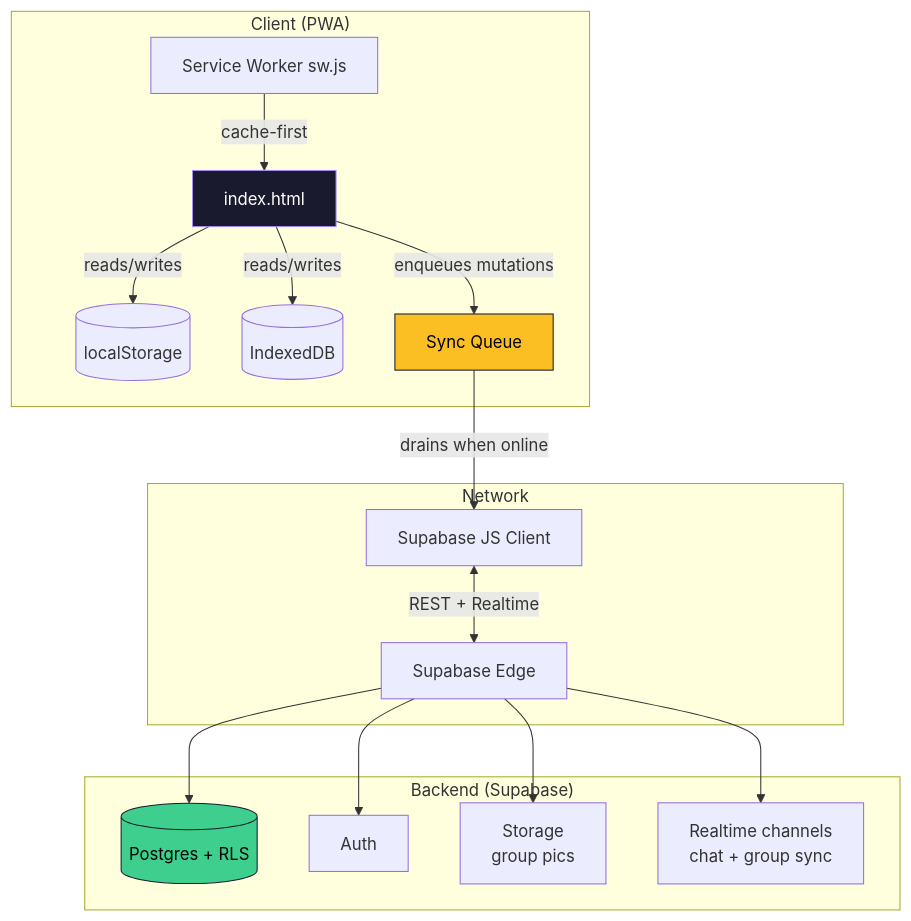
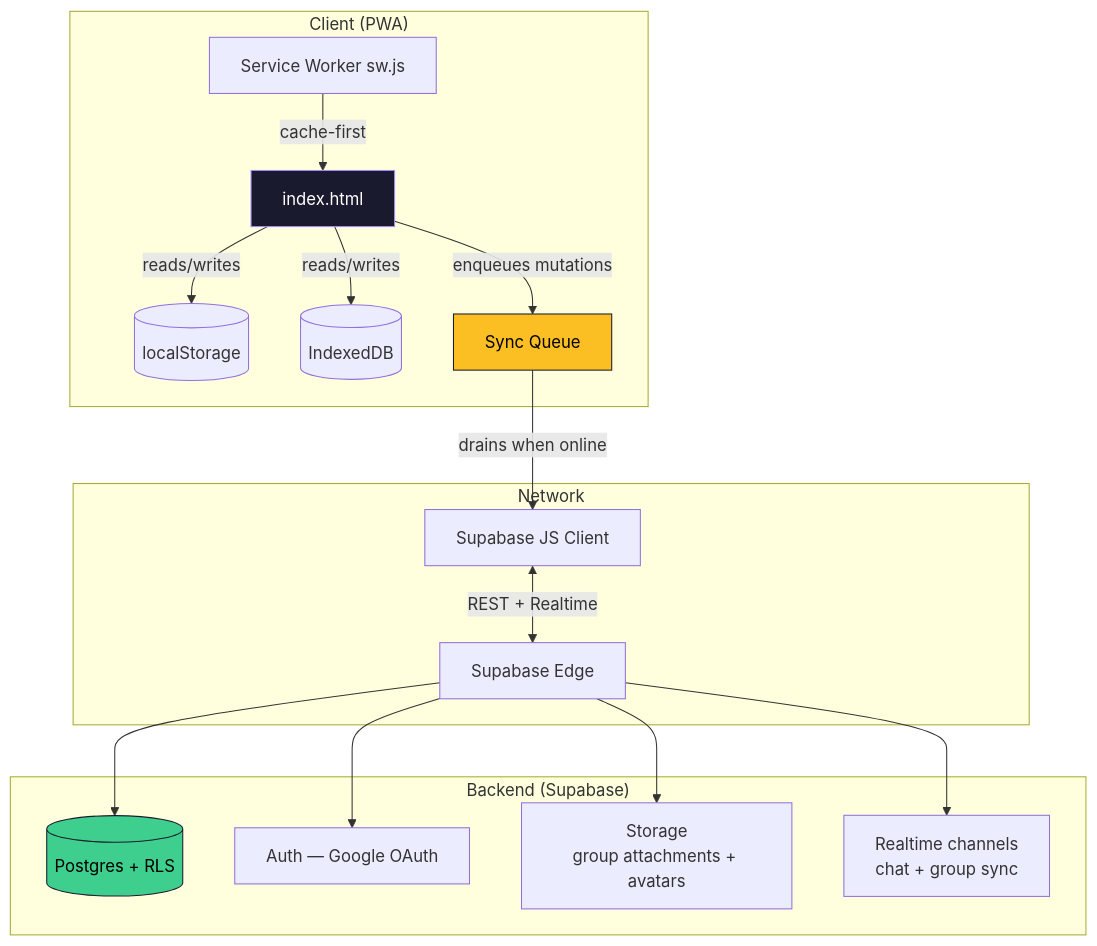
One commit to andrewleko19-boop/unimanager changed the diagram in README.md. Above: the diagram before and after it, drawn with Mermaid. The commit also changed other lines of this file and 1 other file, not shown here.

Commit message:
docs: update README and ARCHITECTURE with corrected facts and diagrams

````diff
--- a/README.md
+++ b/README.md
@@ -175,25 +204,25 @@
 ```mermaid
 graph TB
     subgraph "Client (PWA)"
         A[index.html] -->|reads/writes| B[(localStorage)]
         A -->|reads/writes| C[(IndexedDB)]
         A -->|enqueues mutations| D[Sync Queue]
         SW[Service Worker sw.js] -->|cache-first| A
     end
 
     subgraph "Network"
         D -->|drains when online| E[Supabase JS Client]
         E <-->|REST + Realtime| F[Supabase Edge]
     end
 
     subgraph "Backend (Supabase)"
         F --> G[(Postgres + RLS)]
-        F --> H[Auth]
-        F --> I[Storage<br/>group pics]
+        F --> H[Auth — Google OAuth]
+        F --> I[Storage<br/>group attachments + avatars]
         F --> J[Realtime channels<br/>chat + group sync]
     end
 
     style A fill:#1a1a2e,stroke:#a78bfa,color:#fff
     style G fill:#3ecf8e,stroke:#1a1a2e,color:#000
     style D fill:#fbbf24,stroke:#1a1a2e,color:#000
 ```
````
